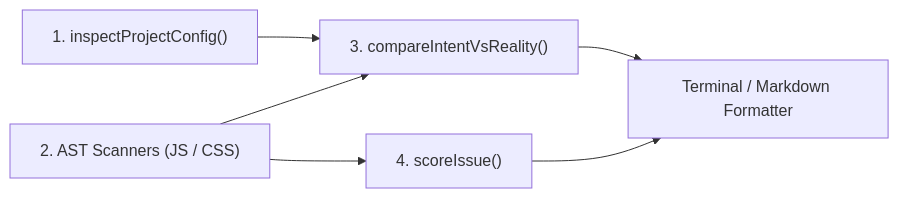
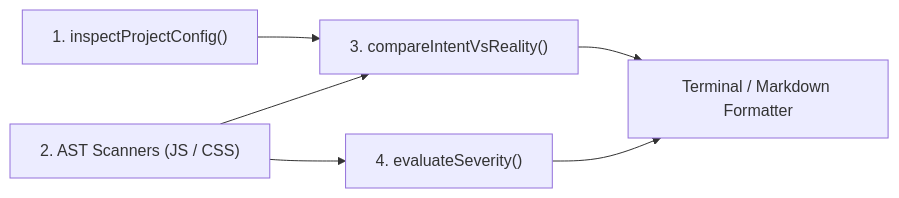
One commit to Goodzilla/compat-audit changed the diagram in README.md. Above: the diagram before and after it, drawn with Mermaid. The commit also changed other lines of this file and 13 other files, not shown here.

````diff
--- a/README.md
+++ b/README.md
@@ -70,7 +70,7 @@
 ```mermaid
 flowchart LR
     A["1. inspectProjectConfig()"] --> C["3. compareIntentVsReality()"]
     B["2. AST Scanners (JS / CSS)"] --> C
-    B --> D["4. scoreIssue()"]
+    B --> D["4. evaluateSeverity()"]
     C & D --> E["Terminal / Markdown Formatter"]
 ```
````
